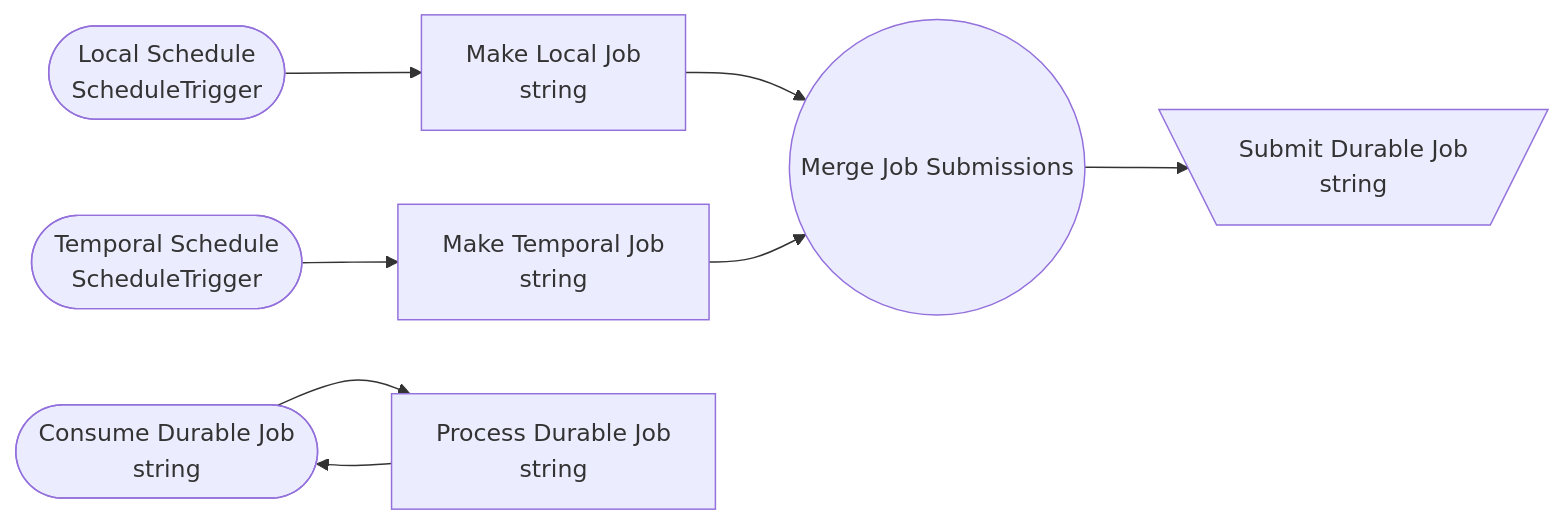
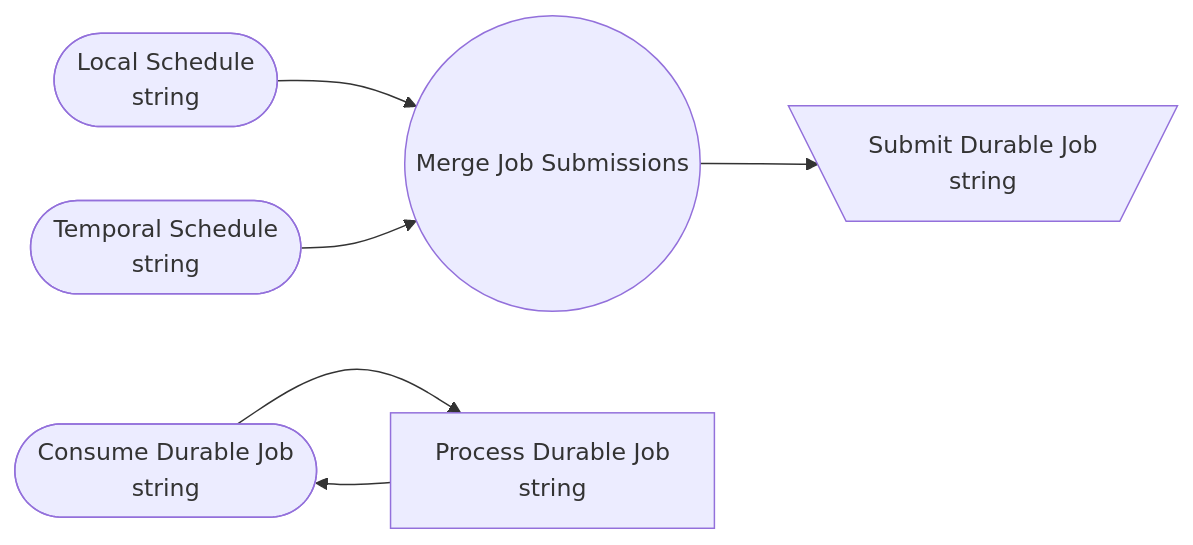
One commit to gorundebug/cppboostexample changed the diagram in automationservice/docs/automation.md. Above: the diagram before and after it, drawn with Mermaid. The commit also changed 19 other files, not shown here.

````diff
--- a/automationservice/docs/automation.md
+++ b/automationservice/docs/automation.md
@@ -3,25 +3,19 @@
 ```mermaid
 flowchart LR
   s3(["Consume Durable Job
 string"])
   s4(["Local Schedule
-ScheduleTrigger"])
-  s5["Make Local Job
-string"]
-  s6["Make Temporal Job
-string"]
+string"])
   s7(("Merge Job Submissions"))
   s8["Process Durable Job
 string"]
   s9[\"Submit Durable Job
 string"/]
   s10(["Temporal Schedule
-ScheduleTrigger"])
+string"])
   s8 --> s3
-  s4 --> s5
-  s10 --> s6
-  s5 --> s7
-  s6 --> s7
+  s4 --> s7
+  s10 --> s7
   s3 --> s8
   s7 --> s9
 ```
````
